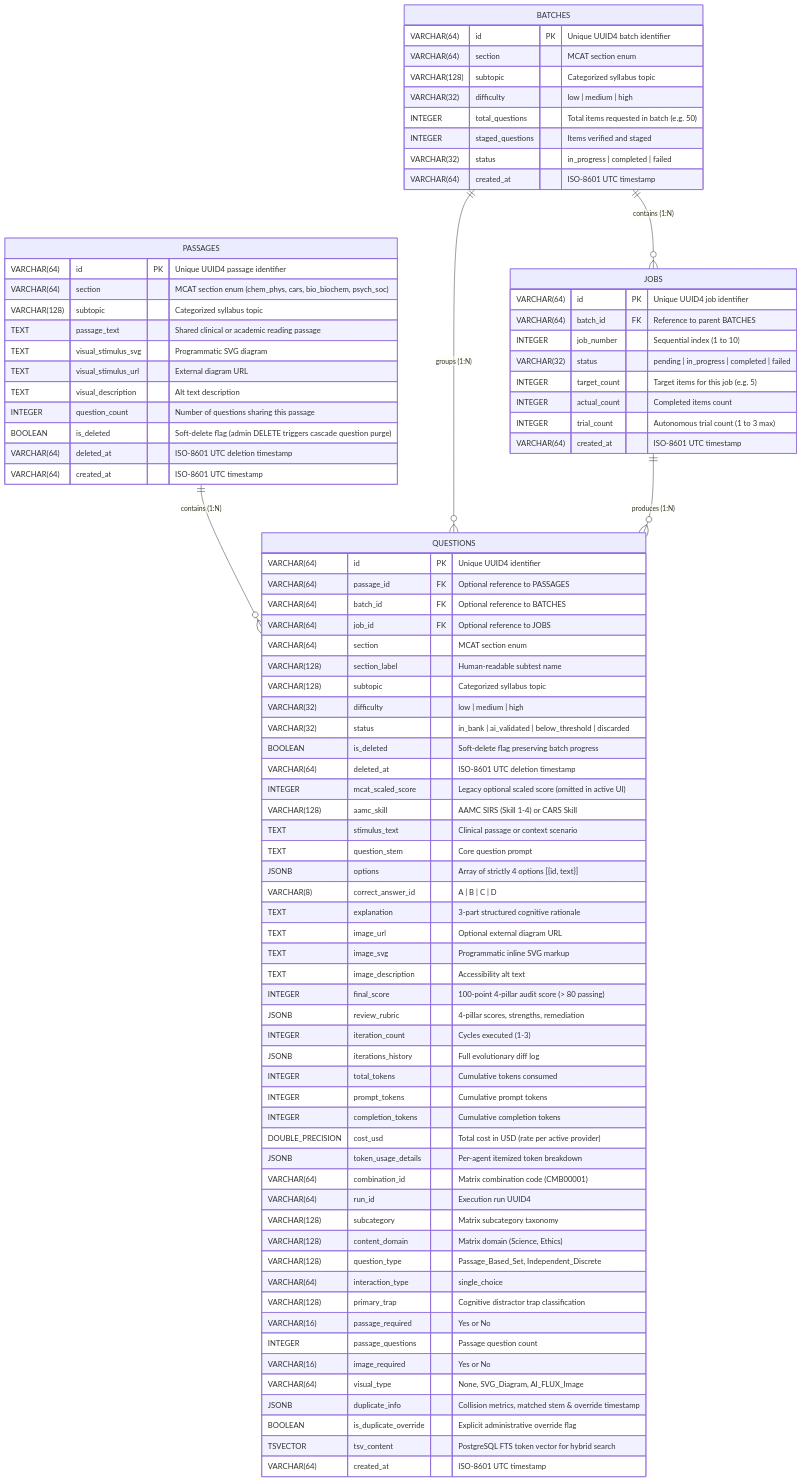
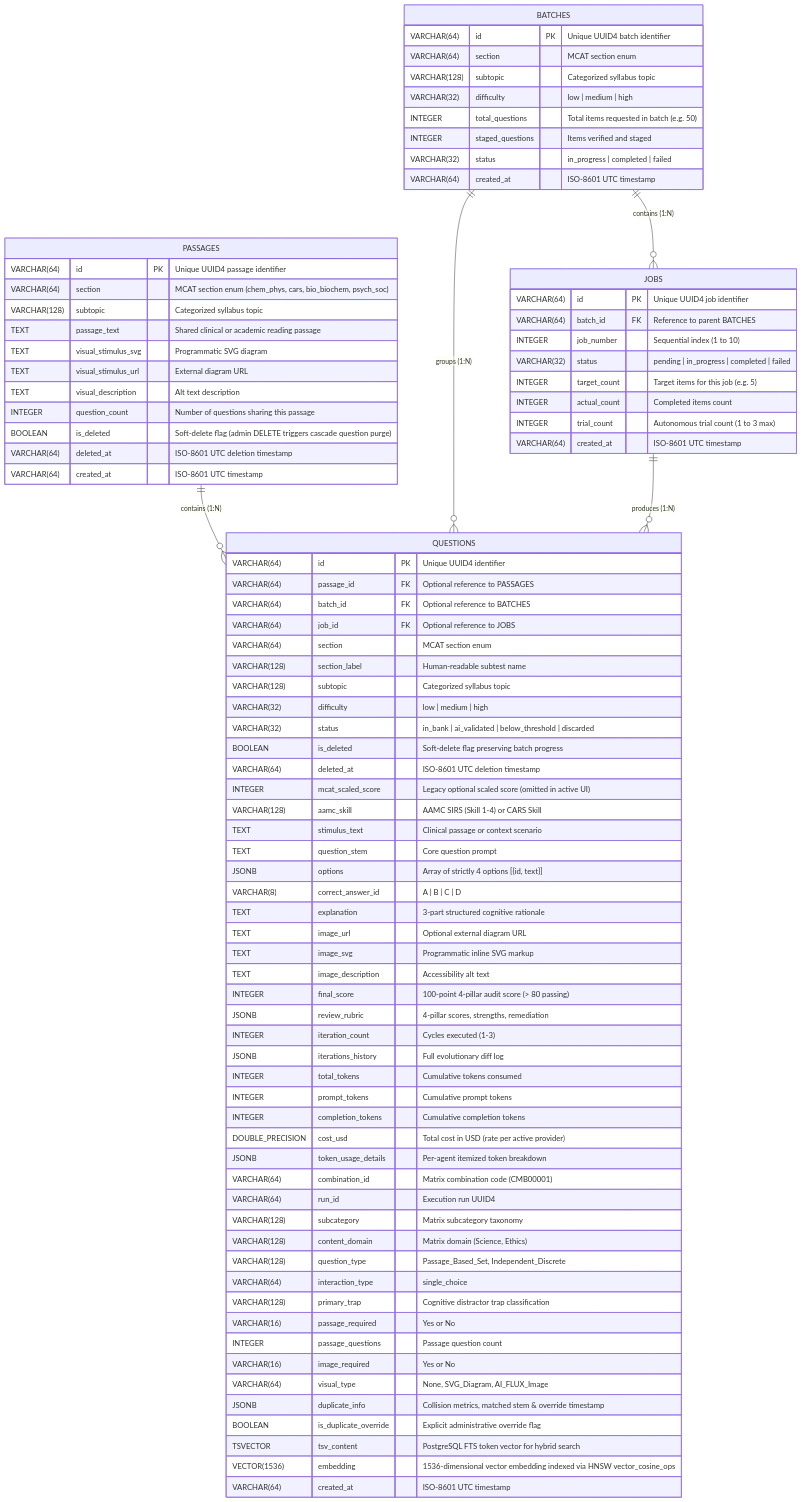
The tenth of 12 diagrams in docs/ARCHITECTURE.md (VishwamPatel-Infynno/Question-Bank-Generator), drawn with Mermaid before and after one commit. The commit also changed other lines of this file and 23 other files, not shown here.

````diff
--- a/docs/ARCHITECTURE.md
+++ b/docs/ARCHITECTURE.md
@@ -706,6 +843,7 @@
         JSONB duplicate_info "Collision metrics, matched stem & override timestamp"
         BOOLEAN is_duplicate_override "Explicit administrative override flag"
         TSVECTOR tsv_content "PostgreSQL FTS token vector for hybrid search"
+        VECTOR(1536) embedding "1536-dimensional vector embedding indexed via HNSW vector_cosine_ops"
         VARCHAR(64) created_at "ISO-8601 UTC timestamp"
     }
 ```
````
